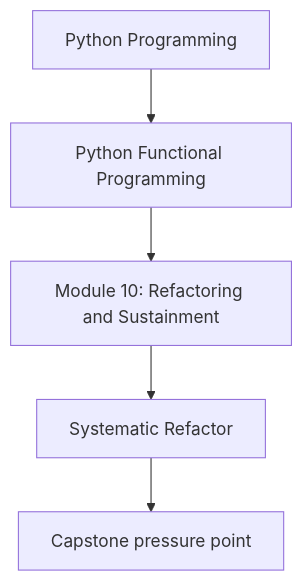
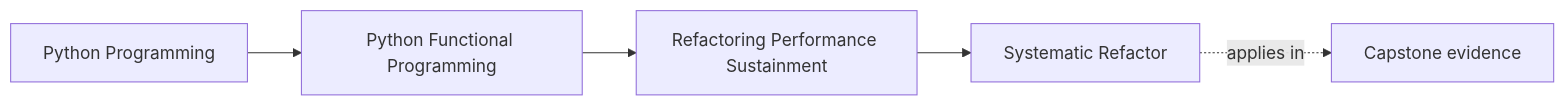
Before and after one commit to bijux/bijux-masterclass: the first of 3 diagrams in programs/python-programming/python-functional-programming/course-book/module-10-refactoring-performance-sustainment/systematic-refactor.md, drawn with Mermaid. The commit also changed other lines of this file and 108 other files, not shown here.

Commit message:
docs(python-functional-programming): map capstone and advanced design surfaces

````diff
--- a/programs/python-programming/python-functional-programming/course-book/module-10-refactoring-performance-sustainment/systematic-refactor.md
+++ b/programs/python-programming/python-functional-programming/course-book/module-10-refactoring-performance-sustainment/systematic-refactor.md
@@ -7,7 +7,11 @@
 ```mermaid
-flowchart TD
-  family["Python Programming"] --> program["Python Functional Programming"]
-  program --> module["Module 10: Refactoring and Sustainment"]
-  module --> concept["Systematic Refactor"]
-  concept --> capstone["Capstone pressure point"]
+graph LR
+  family["Python Programming"]
+  program["Python Functional Programming"]
+  section["Refactoring Performance Sustainment"]
+  page["Systematic Refactor"]
+  capstone["Capstone evidence"]
+
+  family --> program --> section --> page
+  page -.applies in.-> capstone
 ```
````
